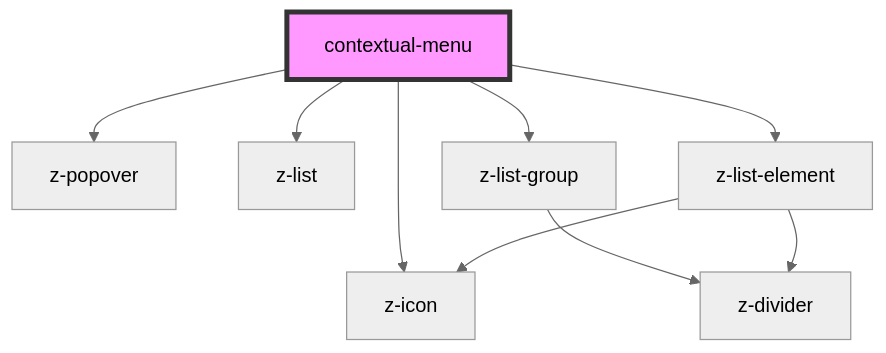
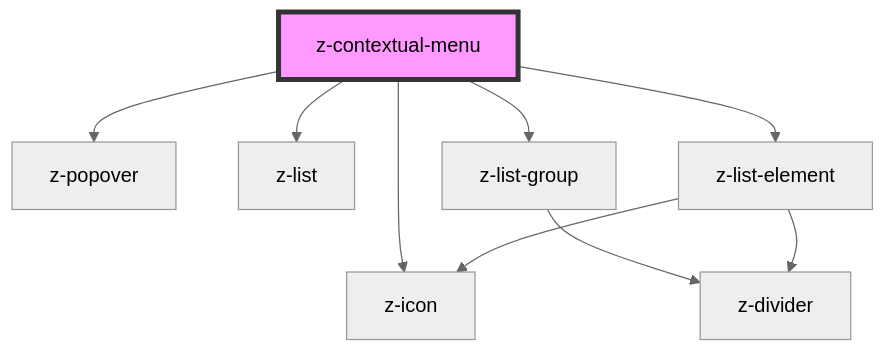
The diagram in src/components/contextual-menu/readme.md (ZanichelliEditore/design-system), drawn with Mermaid (neutral theme) before and after one commit. The commit also changed 12 other files, not shown here.

````diff
--- a/src/components/contextual-menu/readme.md
+++ b/src/components/contextual-menu/readme.md
@@ -34,12 +34,12 @@
 ```mermaid
 graph TD;
-  contextual-menu --> z-popover
-  contextual-menu --> z-icon
-  contextual-menu --> z-list
-  contextual-menu --> z-list-group
-  contextual-menu --> z-list-element
+  z-contextual-menu --> z-popover
+  z-contextual-menu --> z-icon
+  z-contextual-menu --> z-list
+  z-contextual-menu --> z-list-group
+  z-contextual-menu --> z-list-element
   z-list-group --> z-divider
   z-list-element --> z-icon
   z-list-element --> z-divider
-  style contextual-menu fill:#f9f,stroke:#333,stroke-width:4px
+  style z-contextual-menu fill:#f9f,stroke:#333,stroke-width:4px
 ```
````
